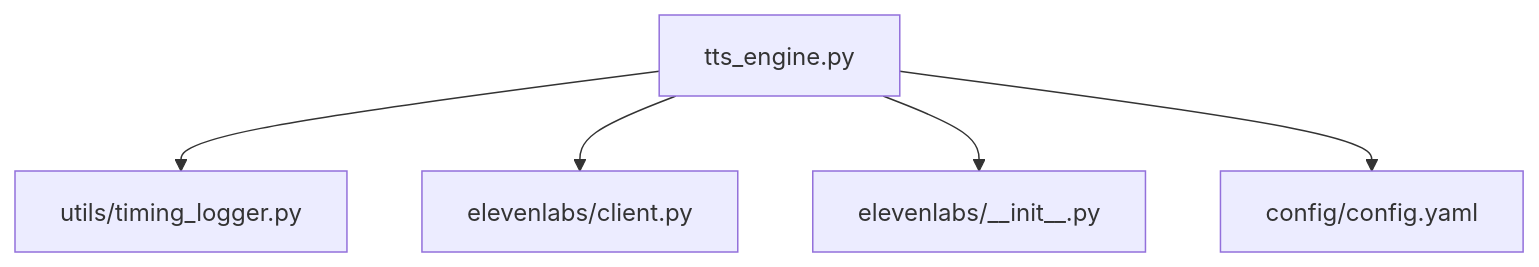
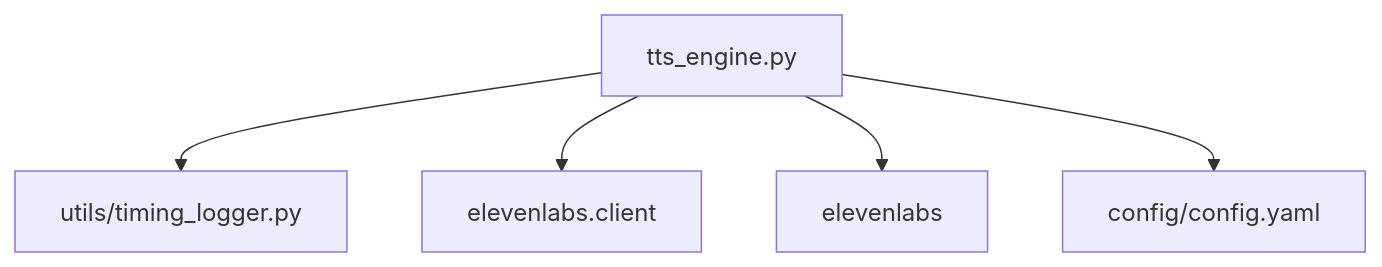
One commit to simonedland/Wheatley changed the diagram in wheatley/tts/AI_Graph.md. Above: the diagram before and after it, drawn with Mermaid. The commit also changed 19 other files, not shown here.

````diff
--- a/wheatley/tts/AI_Graph.md
+++ b/wheatley/tts/AI_Graph.md
@@ -3,13 +3,13 @@
 ```mermaid
 graph TD
     tts_engine_py["tts_engine.py"]
     utils_timing_logger_py["utils/timing_logger.py"]
-    elevenlabs_client_py["elevenlabs/client.py"]
-    elevenlabs_py["elevenlabs/__init__.py"]
+    elevenlabs_client["elevenlabs.client"]
+    elevenlabs["elevenlabs"]
     config_yaml["config/config.yaml"]
 
     tts_engine_py --> utils_timing_logger_py
-    tts_engine_py --> elevenlabs_client_py
-    tts_engine_py --> elevenlabs_py
+    tts_engine_py --> elevenlabs_client
+    tts_engine_py --> elevenlabs
     tts_engine_py --> config_yaml
 ```
````
